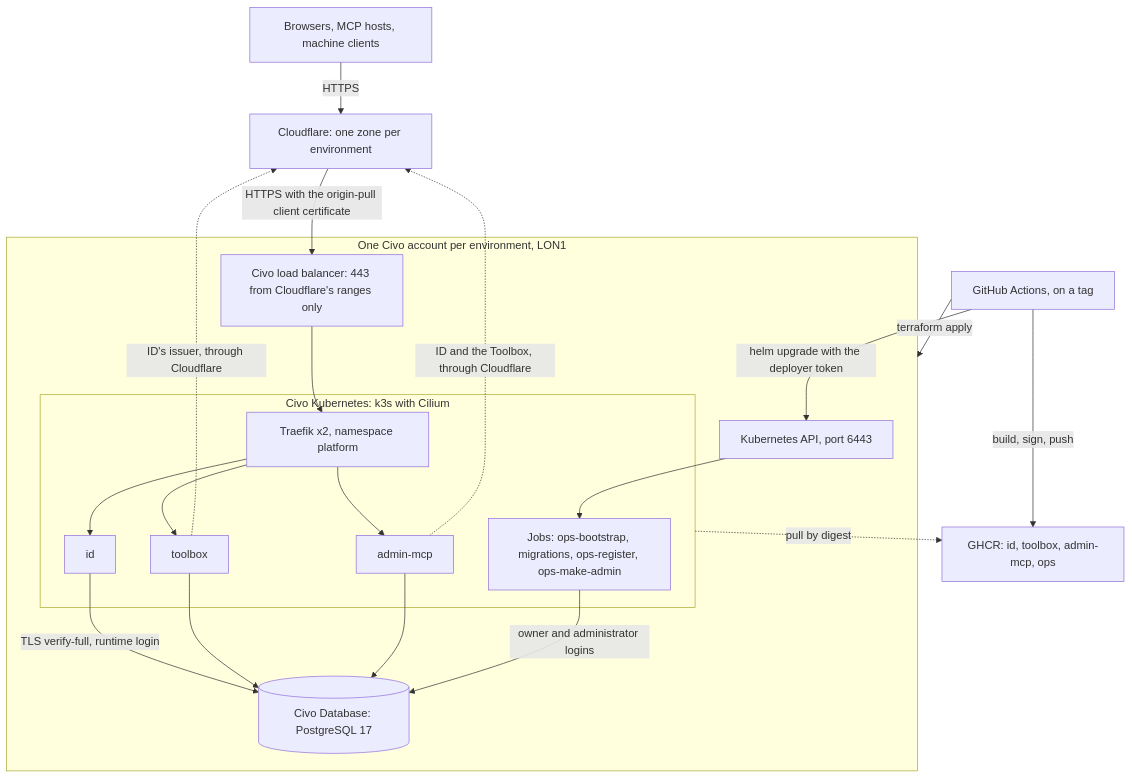
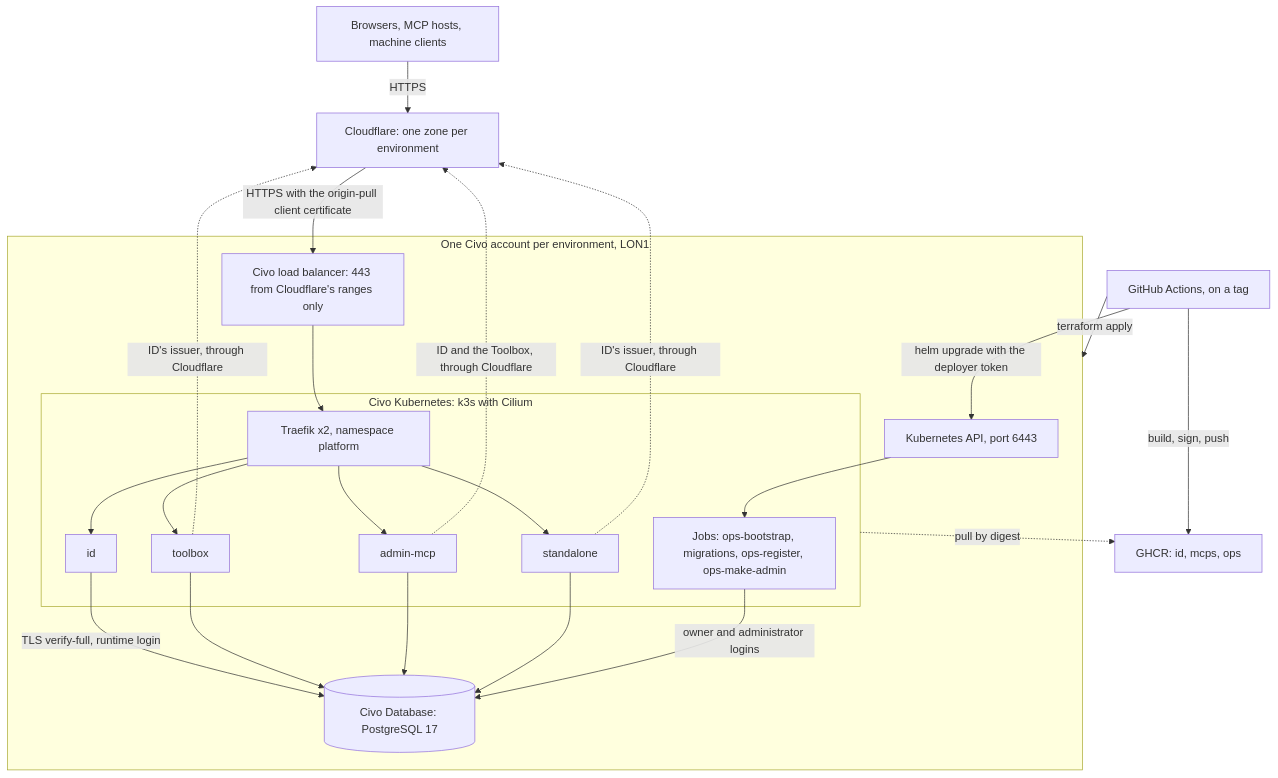
The diagram in docs/12-deployment.md (Rieranthony/answerable-monorepo), drawn with Mermaid before and after one commit. The commit also changed other lines of this file and 101 other files, not shown here.

First line of the commit message:
Ship every declared MCP from the chart's list

````diff
--- a/docs/12-deployment.md
+++ b/docs/12-deployment.md
@@ -33,36 +35,40 @@
 ```mermaid
 flowchart TB
   people["Browsers, MCP hosts, machine clients"]
   gha["GitHub Actions, on a tag"]
-  ghcr["GHCR: id, toolbox, admin-mcp, ops"]
+  ghcr["GHCR: id, mcps, ops"]
   cf["Cloudflare: one zone per environment"]
   subgraph civo["One Civo account per environment, LON1"]
     lb["Civo load balancer: 443 from Cloudflare's ranges only"]
     api["Kubernetes API, port 6443"]
     subgraph cluster["Civo Kubernetes: k3s with Cilium"]
       traefik["Traefik x2, namespace platform"]
       id["id"]
       toolbox["toolbox"]
       admin["admin-mcp"]
+      standalone["standalone"]
       jobs["Jobs: ops-bootstrap, migrations, ops-register, ops-make-admin"]
     end
     db[("Civo Database: PostgreSQL 17")]
   end
   people -->|HTTPS| cf
   cf -->|"HTTPS with the origin-pull client certificate"| lb
   lb --> traefik
   traefik --> id
   traefik --> toolbox
   traefik --> admin
+  traefik --> standalone
   id -->|"TLS verify-full, runtime login"| db
   toolbox --> db
   admin --> db
+  standalone --> db
   jobs -->|"owner and administrator logins"| db
   toolbox -.->|"ID's issuer, through Cloudflare"| cf
   admin -.->|"ID and the Toolbox, through Cloudflare"| cf
+  standalone -.->|"ID's issuer, through Cloudflare"| cf
   gha -->|"terraform apply"| civo
   gha -->|"build, sign, push"| ghcr
   gha -->|"helm upgrade with the deployer token"| api
   api --> jobs
   cluster -.->|"pull by digest"| ghcr
 ```
````
